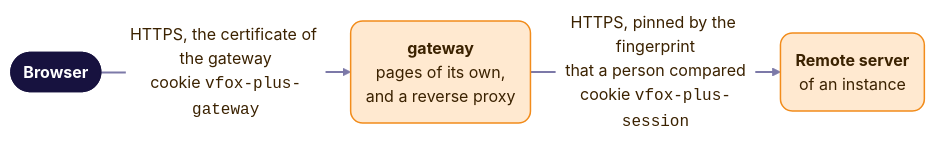
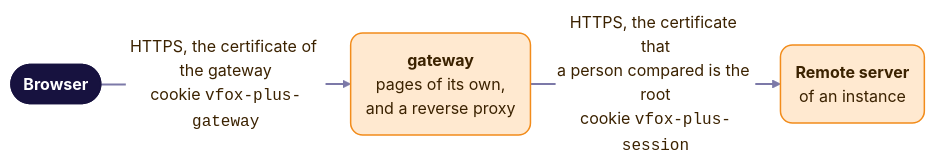
The fifth of 5 diagrams in docs/en/dev/architecture.md (version-fox/vfox-plus), drawn with Mermaid before and after one commit. The commit also changed other lines of this file and 14 other files, not shown here.

````diff
--- a/docs/en/dev/architecture.md
+++ b/docs/en/dev/architecture.md
@@ -588,33 +588,33 @@
 ```mermaid
 ---
 config:
   theme: base
   themeVariables:
     fontFamily: "system-ui, -apple-system, 'Segoe UI', 'Noto Sans', 'Noto Sans CJK SC', 'PingFang SC', 'Microsoft YaHei', sans-serif"
     lineColor: "#7C79A8"
     primaryColor: "#FFE9D0"
     primaryBorderColor: "#F28C1B"
     primaryTextColor: "#3B2200"
     clusterBkg: "#F4F2FF"
     clusterBorder: "#B9B3F5"
     titleColor: "#1E1470"
     edgeLabelBackground: "#FFFFFF"
   flowchart:
     curve: basis
     wrappingWidth: 320
     subGraphTitleMargin:
       top: 10
       bottom: 8
 ---
 flowchart LR
     accTitle: The two pairings of the gateway
-    accDescr: A browser pairs with the gateway over HTTPS with the certificate of the gateway, and holds the cookie vfox-plus-gateway. The gateway pairs with the remote server of an instance over HTTPS, pinned by the fingerprint that a person compared, and holds the cookie vfox-plus-session. The gateway serves pages of its own and forwards the page and the API of the instance.
+    accDescr: A browser pairs with the gateway over HTTPS with the certificate of the gateway, and holds the cookie vfox-plus-gateway. The gateway pairs with the remote server of an instance over HTTPS, with the certificate that a person compared as the only root, and holds the cookie vfox-plus-session. The gateway serves pages of its own and forwards the page and the API of the instance.
     b(["<b>Browser</b>"]) -->|"HTTPS, the certificate of the gateway<br/>cookie <code>vfox-plus-gateway</code>"| g("<b>gateway</b><br/>pages of its own,<br/>and a reverse proxy")
-    g -->|"HTTPS, pinned by the fingerprint<br/>that a person compared<br/>cookie <code>vfox-plus-session</code>"| r("<b>Remote server</b><br/>of an instance")
+    g -->|"HTTPS, the certificate that<br/>a person compared is the root<br/>cookie <code>vfox-plus-session</code>"| r("<b>Remote server</b><br/>of an instance")
 
     classDef own fill:#FFE9D0,stroke:#F28C1B,color:#3B2200,stroke-width:1.5px,rx:12,ry:12
     classDef client fill:#17123F,stroke:#17123F,color:#FFFFFF,stroke-width:1.5px
     class g,r own
     class b client
     linkStyle default stroke-width:2px
 ```
````
